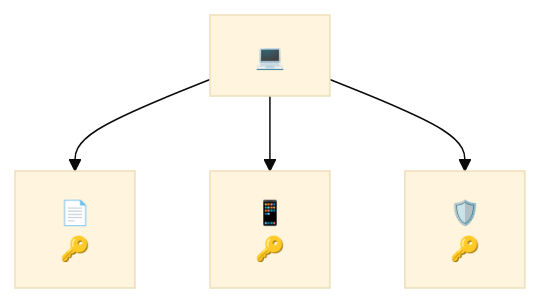
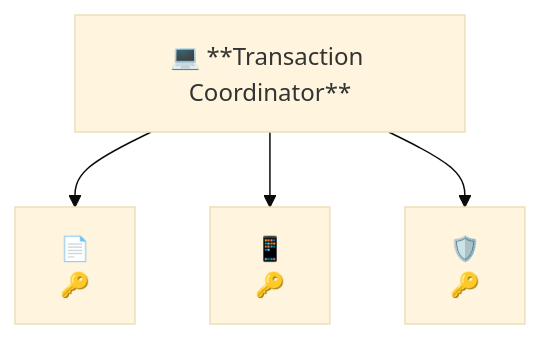
One commit to BlockchainCommons/SmartCustody changed the first of 16 diagrams in Docs/Scenario-Multisig.md. Above: the diagram before and after it, drawn with Mermaid.

````diff
--- a/Docs/Scenario-Multisig.md
+++ b/Docs/Scenario-Multisig.md
@@ -18,14 +18,14 @@
 ```mermaid
 %%{init: {'theme': 'base', 'themeVariables': { 'fontSize': '50'}}}%%
     graph TD;
-    A["💻"]
+    A["💻 **Transaction Coordinator**"]
     B["📄
     🔑"]
     C["📱
     🔑"]
     D["🛡️
     🔑"]
     A-->B;
     A-->C;
     A-->D;
 ```
````
